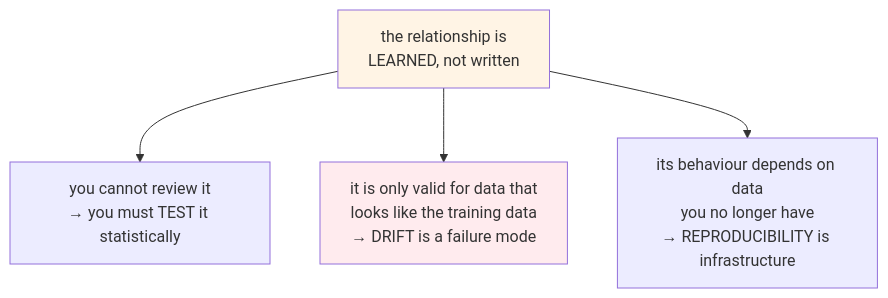
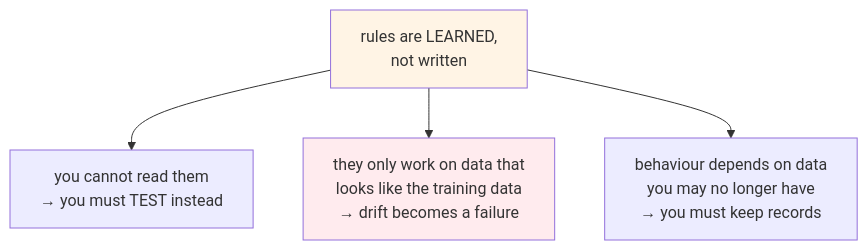
One commit to schoolofdevops/402-mlops-site changed the first of 9 diagrams in site/docs/m3-data-to-model/lesson.mdx. Above: the diagram before and after it, drawn with Mermaid. The commit also changed other lines of this file, not shown here.

````diff
--- a/site/docs/m3-data-to-model/lesson.mdx
+++ b/site/docs/m3-data-to-model/lesson.mdx
@@ -28,9 +26,9 @@
 ```mermaid
 flowchart TB
-    L["the relationship is<br/>LEARNED, not written"] --> C1["you cannot review it<br/>→ you must TEST it statistically"]
-    L --> C2["it is only valid for data that<br/>looks like the training data<br/>→ DRIFT is a failure mode"]
-    L --> C3["its behaviour depends on data<br/>you no longer have<br/>→ REPRODUCIBILITY is infrastructure"]
+    L["rules are LEARNED,<br/>not written"] --> C1["you cannot read them<br/>→ you must TEST instead"]
+    L --> C2["they only work on data that<br/>looks like the training data<br/>→ drift becomes a failure"]
+    L --> C3["behaviour depends on data<br/>you may no longer have<br/>→ you must keep records"]
 
     style L fill:#fff4e5
     style C2 fill:#ffebee
 ```
````
